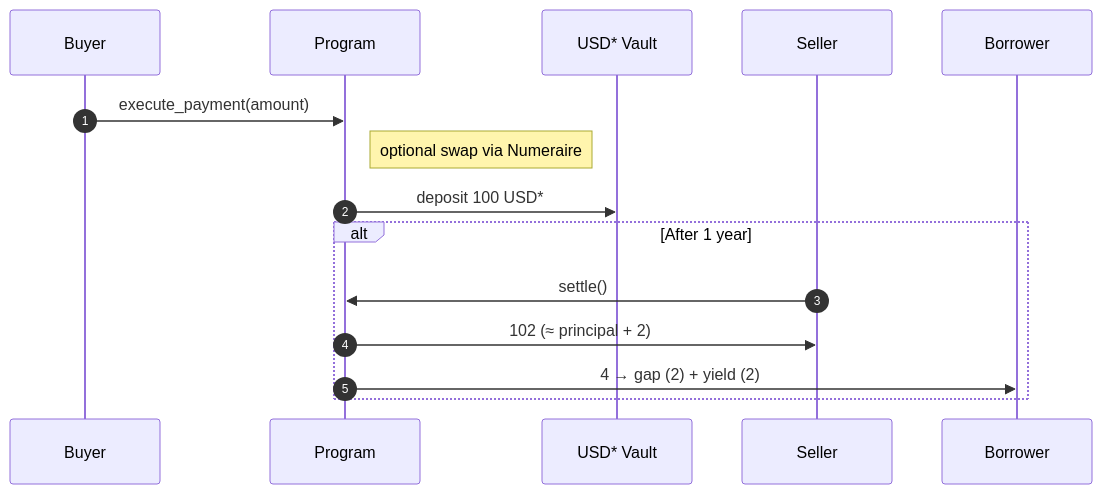
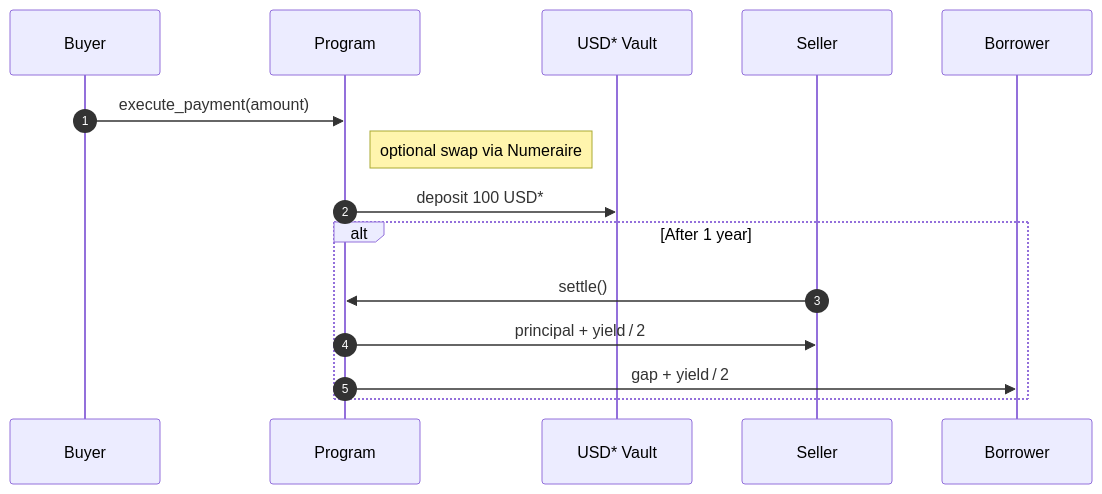
One commit to FrontEarning/front-earning-program changed the first of 2 diagrams in README.md. Above: the diagram before and after it, drawn with Mermaid. The commit also changed other lines of this file and 16 other files, not shown here.

````diff
--- a/README.md
+++ b/README.md
@@ -12,12 +12,12 @@
 ```mermaid
 sequenceDiagram
   autonumber
   Buyer->>Program: execute_payment(amount)
   Note right of Program: optional swap via Numeraire
   Program->>USD* Vault: deposit 100 USD*
   alt After 1 year
     Seller->>Program: settle()
-    Program->>Seller: 102 (≈ principal + 2)
-    Program->>Borrower: 4 → gap (2) + yield (2)
+    Program->>Seller: principal + yield / 2
+    Program->>Borrower: gap + yield / 2
   end
 ```
````
